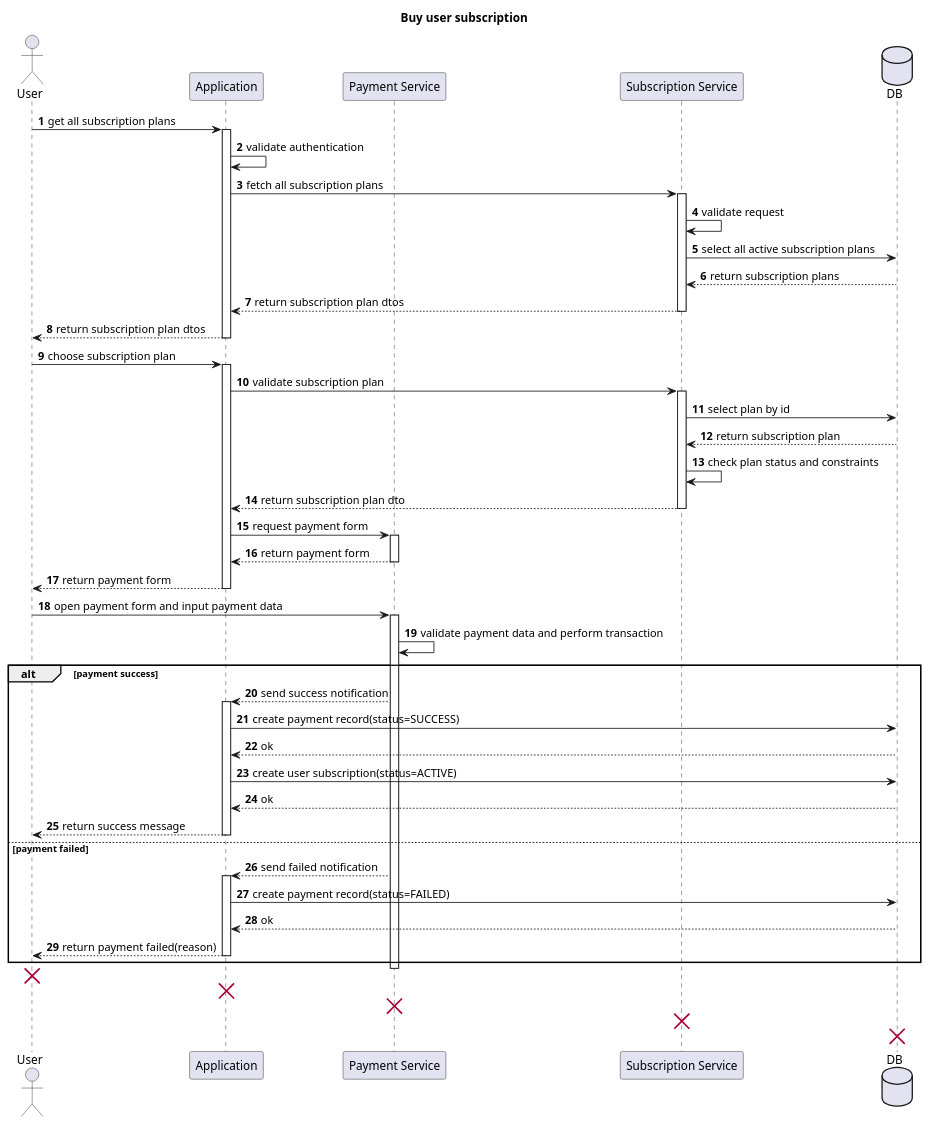
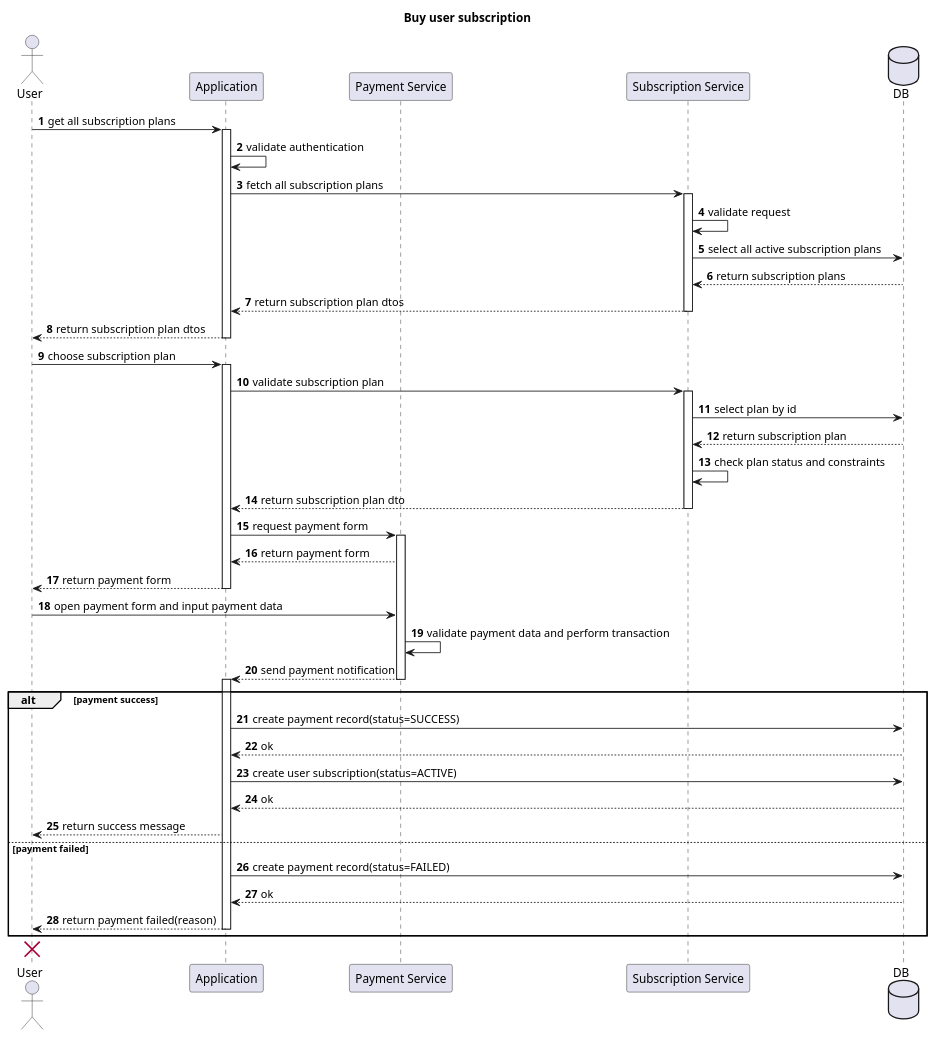
One commit to StudentPP1/KPI changed the diagram in lab3/buy-subscription.puml. Above: the diagram before and after it, drawn with PlantUML. The commit also changed 3 other files, not shown here.

```diff
--- a/lab3/buy-subscription.puml
+++ b/lab3/buy-subscription.puml
@@ -1,70 +1,61 @@
 @startuml
 title Buy user subscription
 autonumber
 
 actor User
 participant Application
 participant "Payment Service" as PS
 participant "Subscription Service" as SP
 database "DB" as DB
 
 User -> Application : get all subscription plans
 activate Application
 Application -> Application : validate authentication
 Application -> SP : fetch all subscription plans
 activate SP
 SP -> SP : validate request
 SP -> DB : select all active subscription plans
 DB --> SP : return subscription plans
 SP --> Application : return subscription plan dtos
 deactivate SP
 Application --> User : return subscription plan dtos
 deactivate Application
 
 User -> Application : choose subscription plan
 activate Application
 Application -> SP : validate subscription plan
 activate SP
 SP -> DB : select plan by id
 DB --> SP : return subscription plan
 SP -> SP : check plan status and constraints
 SP --> Application : return subscription plan dto
 deactivate SP
 
 Application -> PS : request payment form
 activate PS
 PS --> Application : return payment form
-deactivate PS
 Application --> User : return payment form
 deactivate Application
 
 User -> PS : open payment form and input payment data
-activate PS
 PS -> PS : validate payment data and perform transaction
 
+PS --> Application : send payment notification
+deactivate PS
+activate Application
+
 alt payment success
-  PS --> Application : send success notification
-  activate Application
   Application -> DB : create payment record(status=SUCCESS)
   DB --> Application : ok
   Application -> DB : create user subscription(status=ACTIVE)
   DB --> Application : ok
   Application --> User : return success message
-  deactivate Application
 else payment failed
-  PS --> Application : send failed notification
-  activate Application
   Application -> DB : create payment record(status=FAILED)
   DB --> Application : ok
   Application --> User : return payment failed(reason)
-  deactivate Application
+deactivate Application
 end
-deactivate PS
 
 destroy User
-destroy Application
-destroy PS
-destroy SP
-destroy DB
-
 @enduml
```
